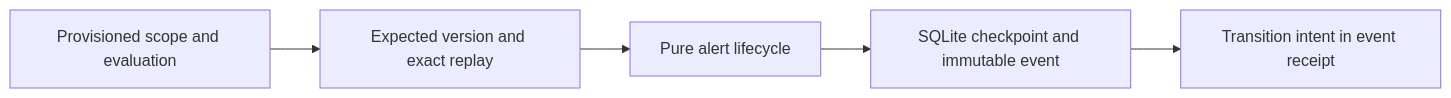
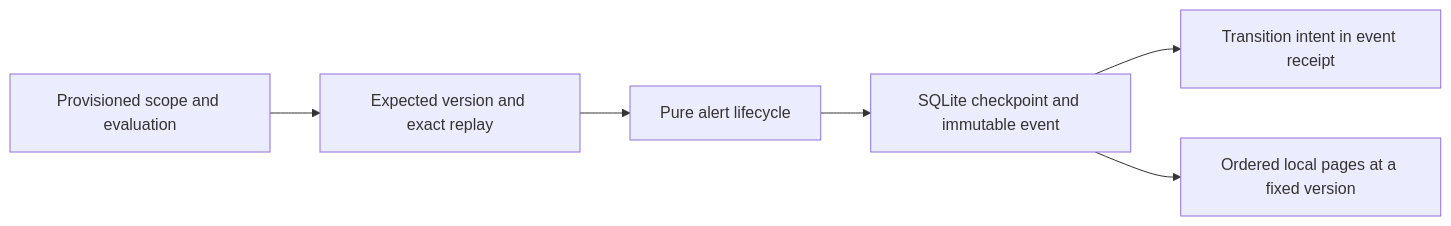
One commit to kmosoti/FabricO11y changed the fourth of 18 diagrams in docs/architecture.md. Above: the diagram before and after it, drawn with Mermaid. The commit also changed other lines of this file and 1 other file, not shown here.

Commit message:
Document local alert journal page guarantees

````diff
--- a/docs/architecture.md
+++ b/docs/architecture.md
@@ -274,7 +281,8 @@
 ```mermaid
 flowchart LR
     EVAL["Provisioned scope and evaluation"] --> CHECK["Expected version and exact replay"]
     CHECK --> REDUCE["Pure alert lifecycle"]
     REDUCE --> COMMIT["SQLite checkpoint and immutable event"]
     COMMIT --> INTENT["Transition intent in event receipt"]
+    COMMIT --> READ["Ordered local pages at a fixed version"]
 ```
````
